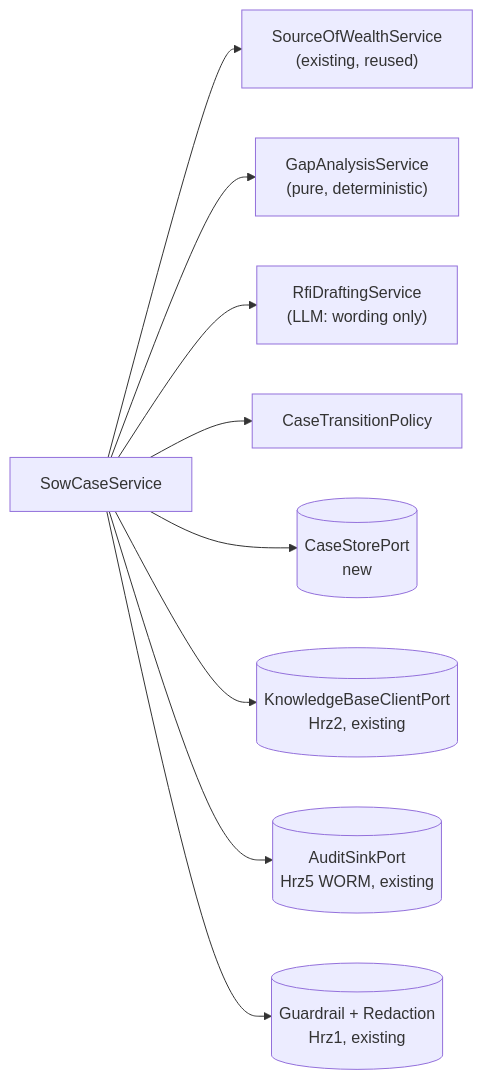
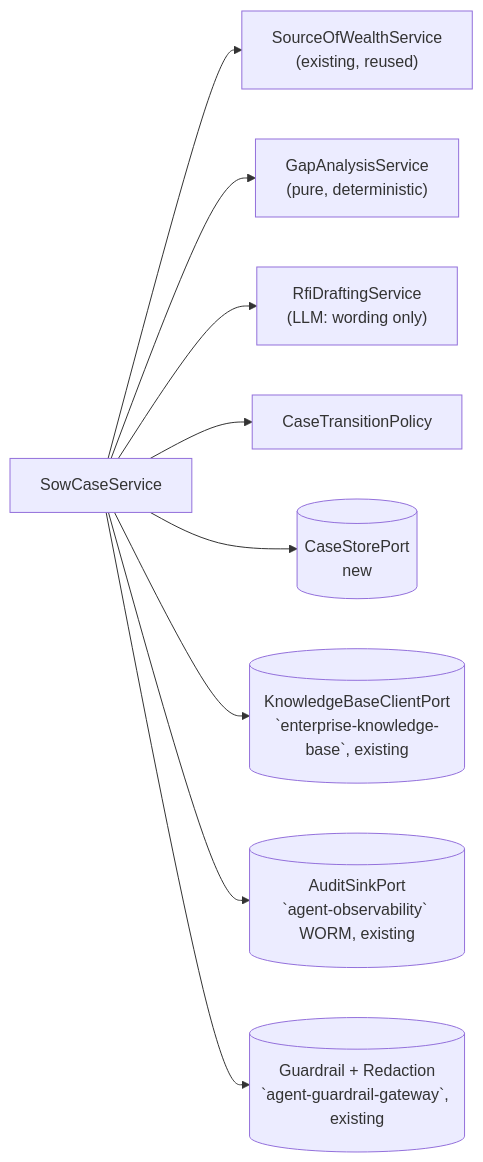
The fifth of 5 diagrams in docs/sow-longitudinal-audit-design.md (portable-genai/cdd-sow-research), drawn with Mermaid before and after one commit. The commit also changed other lines of this file and 107 other files, not shown here.

````diff
--- a/docs/sow-longitudinal-audit-design.md
+++ b/docs/sow-longitudinal-audit-design.md
@@ -524,11 +524,11 @@
 ```mermaid
 flowchart LR
     SVC["SowCaseService"] --> SOW["SourceOfWealthService<br/>(existing, reused)"]
     SVC --> GAP["GapAnalysisService<br/>(pure, deterministic)"]
     SVC --> RFI["RfiDraftingService<br/>(LLM: wording only)"]
     SVC --> POL["CaseTransitionPolicy"]
     SVC --> STORE[("CaseStorePort<br/>new")]
-    SVC --> KB[("KnowledgeBaseClientPort<br/>Hrz2, existing")]
-    SVC --> AUD[("AuditSinkPort<br/>Hrz5 WORM, existing")]
-    SVC --> SAFE[("Guardrail + Redaction<br/>Hrz1, existing")]
+    SVC --> KB[("KnowledgeBaseClientPort<br/>`enterprise-knowledge-base`, existing")]
+    SVC --> AUD[("AuditSinkPort<br/>`agent-observability` WORM, existing")]
+    SVC --> SAFE[("Guardrail + Redaction<br/>`agent-guardrail-gateway`, existing")]
 ```
````
